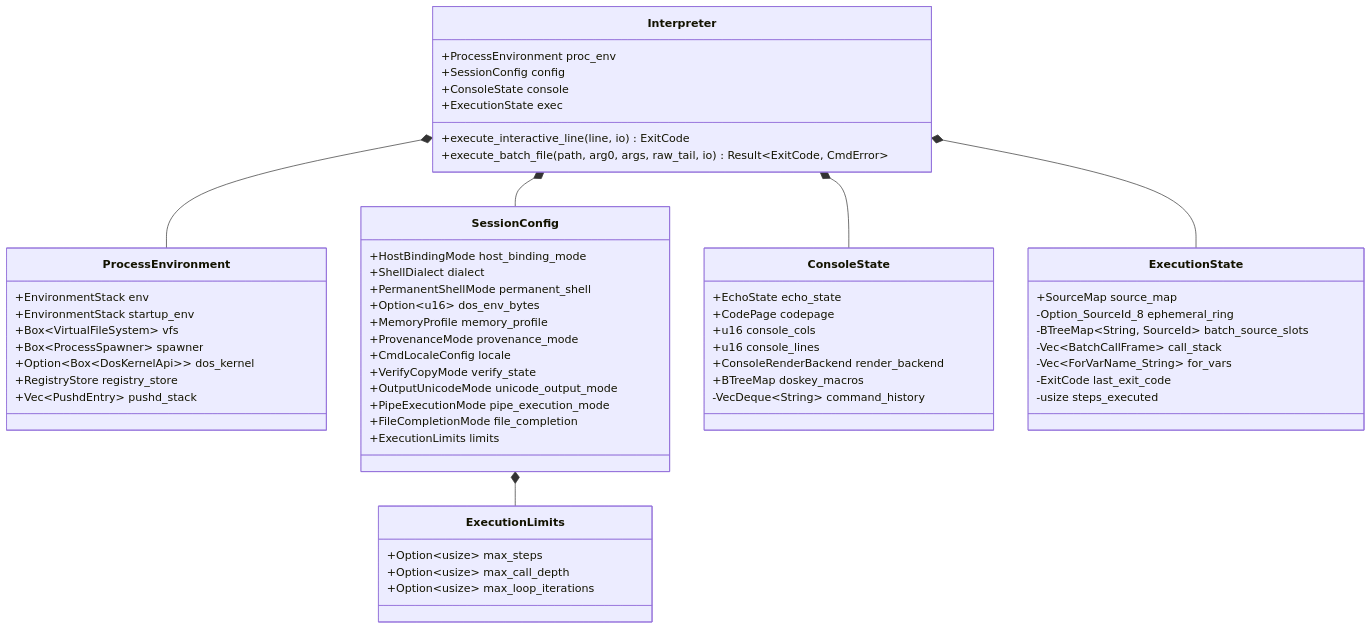
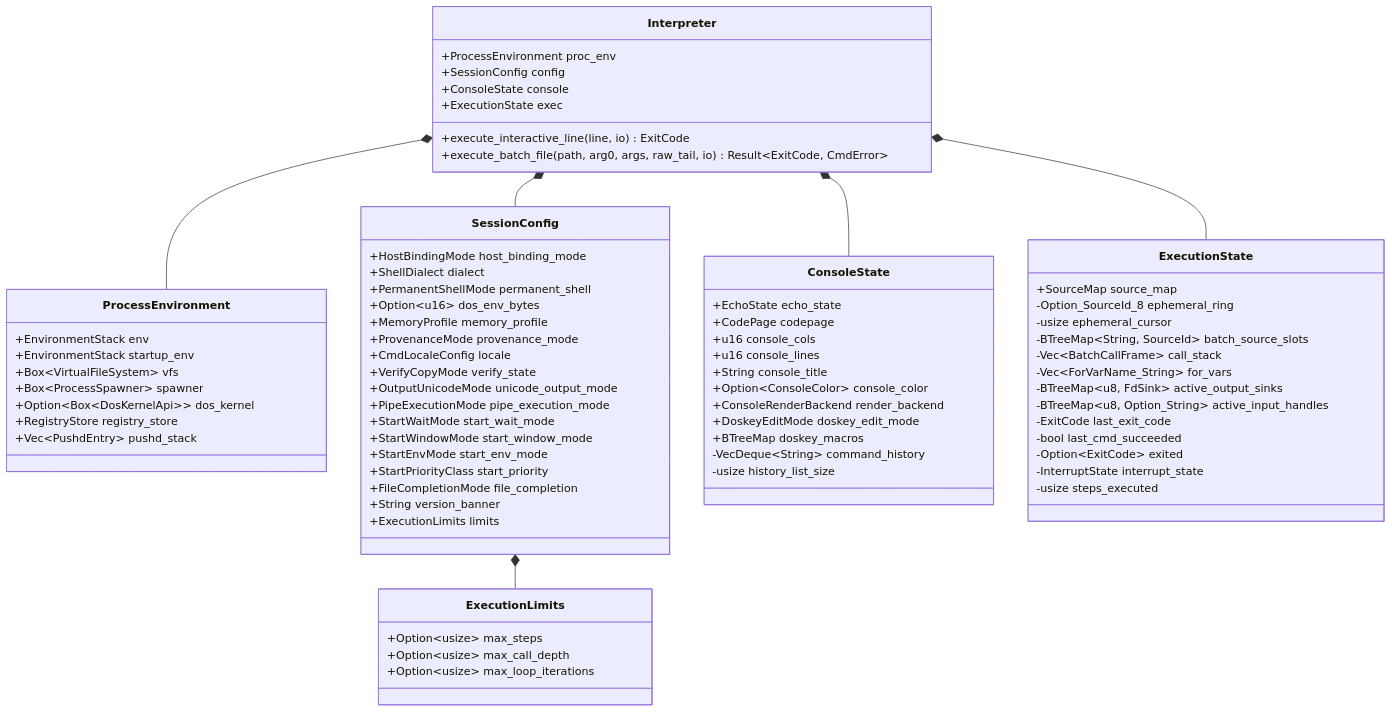
One commit to SamuelMarks/win-cmd-rs changed the eighth of 15 diagrams in ARCHITECTURE.md. Above: the diagram before and after it, drawn with Mermaid. The commit also changed other lines of this file and 7 other files, not shown here.

````diff
--- a/ARCHITECTURE.md
+++ b/ARCHITECTURE.md
@@ -354,63 +354,78 @@
 ```mermaid
 classDiagram
     class Interpreter {
         +ProcessEnvironment proc_env
         +SessionConfig config
         +ConsoleState console
         +ExecutionState exec
         +execute_interactive_line(line, io) ExitCode
         +execute_batch_file(path, arg0, args, raw_tail, io) Result~ExitCode, CmdError~
     }
     class ProcessEnvironment {
         +EnvironmentStack env
         +EnvironmentStack startup_env
         +Box~VirtualFileSystem~ vfs
         +Box~ProcessSpawner~ spawner
         +Option~Box~DosKernelApi~~ dos_kernel
         +RegistryStore registry_store
         +Vec~PushdEntry~ pushd_stack
     }
     class SessionConfig {
         +HostBindingMode host_binding_mode
         +ShellDialect dialect
         +PermanentShellMode permanent_shell
         +Option~u16~ dos_env_bytes
         +MemoryProfile memory_profile
         +ProvenanceMode provenance_mode
         +CmdLocaleConfig locale
         +VerifyCopyMode verify_state
         +OutputUnicodeMode unicode_output_mode
         +PipeExecutionMode pipe_execution_mode
+        +StartWaitMode start_wait_mode
+        +StartWindowMode start_window_mode
+        +StartEnvMode start_env_mode
+        +StartPriorityClass start_priority
         +FileCompletionMode file_completion
+        +String version_banner
         +ExecutionLimits limits
     }
     class ConsoleState {
         +EchoState echo_state
         +CodePage codepage
         +u16 console_cols
         +u16 console_lines
+        +String console_title
+        +Option~ConsoleColor~ console_color
         +ConsoleRenderBackend render_backend
+        +DoskeyEditMode doskey_edit_mode
         +BTreeMap doskey_macros
         -VecDeque~String~ command_history
+        -usize history_list_size
     }
     class ExecutionState {
         +SourceMap source_map
         -Option_SourceId_8 ephemeral_ring
+        -usize ephemeral_cursor
         -BTreeMap~String, SourceId~ batch_source_slots
         -Vec~BatchCallFrame~ call_stack
         -Vec~ForVarName_String~ for_vars
+        -BTreeMap~u8, FdSink~ active_output_sinks
+        -BTreeMap~u8, Option_String~ active_input_handles
         -ExitCode last_exit_code
+        -bool last_cmd_succeeded
+        -Option~ExitCode~ exited
+        -InterruptState interrupt_state
         -usize steps_executed
     }
     class ExecutionLimits {
         +Option~usize~ max_steps
         +Option~usize~ max_call_depth
         +Option~usize~ max_loop_iterations
     }
 
     Interpreter *-- ProcessEnvironment
     Interpreter *-- SessionConfig
     Interpreter *-- ConsoleState
     Interpreter *-- ExecutionState
     SessionConfig *-- ExecutionLimits
 ```
````
